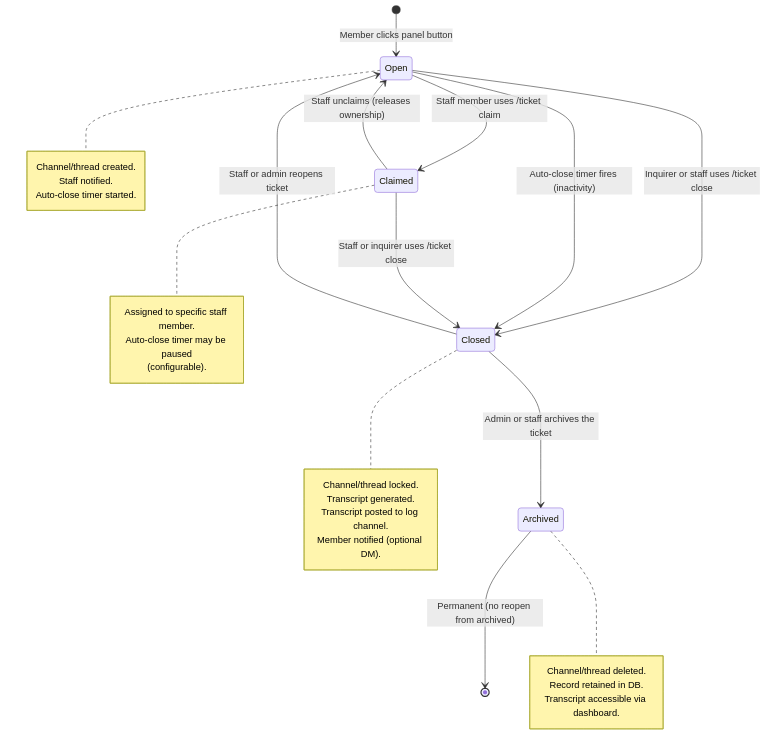
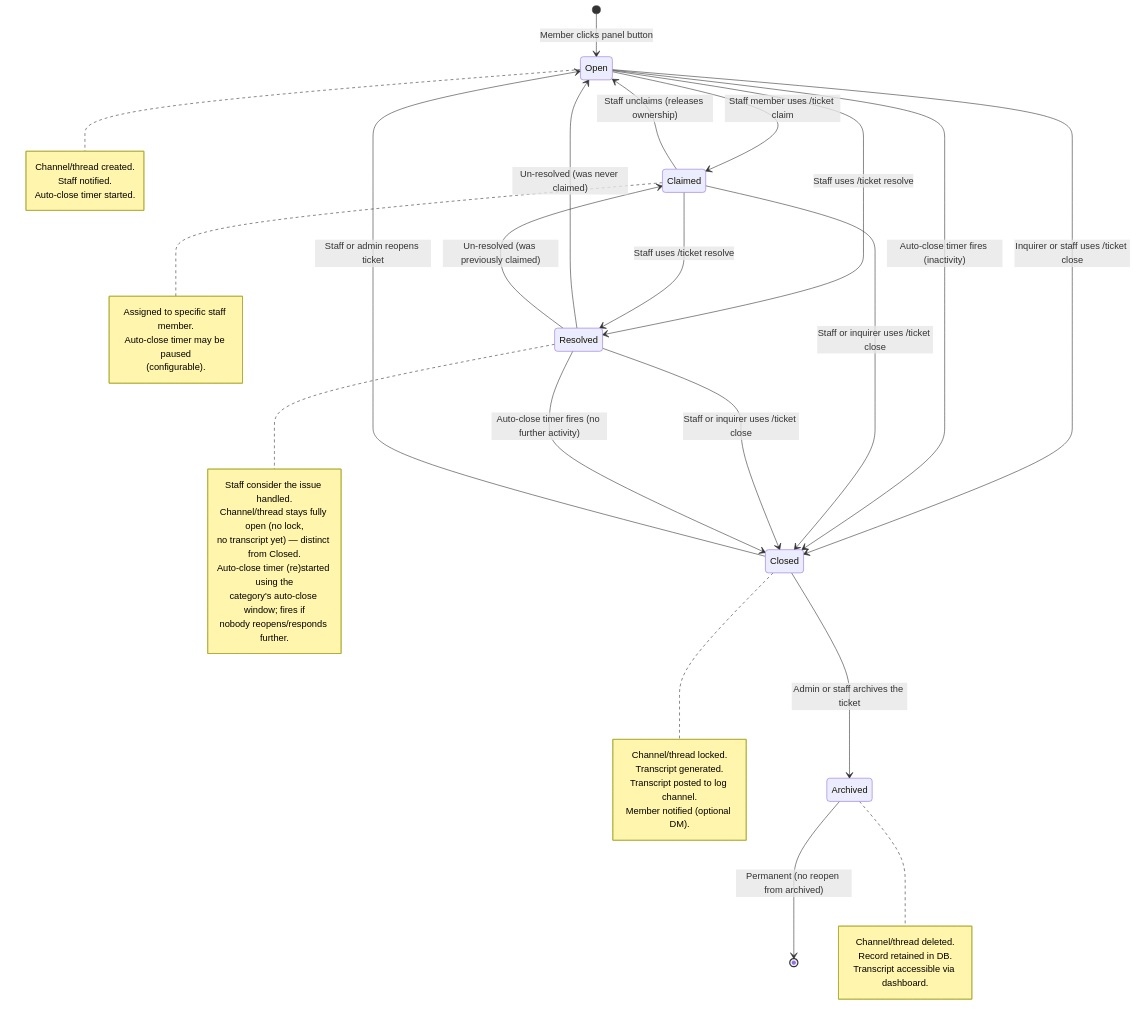
The third of 4 diagrams in docs/v1/TECHNICAL_SPEC.md (Udang-Keju/shrimpy-discord-bot), drawn with Mermaid before and after one commit. The commit also changed other lines of this file and 16 other files, not shown here.

First line of the commit message:
Add a "Resolve" status to the ticket lifecycle

````diff
--- a/docs/v1/TECHNICAL_SPEC.md
+++ b/docs/v1/TECHNICAL_SPEC.md
@@ -855,41 +857,57 @@
 ```mermaid
 stateDiagram-v2
     [*] --> Open : Member clicks panel button
 
     Open --> Claimed : Staff member uses /ticket claim
+    Open --> Resolved : Staff uses /ticket resolve
     Open --> Closed : Inquirer or staff uses /ticket close
     Open --> Closed : Auto-close timer fires (inactivity)
 
     Claimed --> Closed : Staff or inquirer uses /ticket close
     Claimed --> Open : Staff unclaims (releases ownership)
+    Claimed --> Resolved : Staff uses /ticket resolve
+
+    Resolved --> Closed : Staff or inquirer uses /ticket close
+    Resolved --> Closed : Auto-close timer fires (no further activity)
+    Resolved --> Open : Un-resolved (was never claimed)
+    Resolved --> Claimed : Un-resolved (was previously claimed)
 
     Closed --> Archived : Admin or staff archives the ticket
     Closed --> Open : Staff or admin reopens ticket
 
     Archived --> [*] : Permanent (no reopen from archived)
 
     note right of Open
         Channel/thread created.
         Staff notified.
         Auto-close timer started.
     end note
 
     note right of Claimed
         Assigned to specific staff member.
         Auto-close timer may be paused
         (configurable).
     end note
 
+    note right of Resolved
+        Staff consider the issue handled.
+        Channel/thread stays fully open (no lock,
+        no transcript yet) — distinct from Closed.
+        Auto-close timer (re)started using the
+        category's auto-close window; fires if
+        nobody reopens/responds further.
+    end note
+
     note right of Closed
         Channel/thread locked.
         Transcript generated.
         Transcript posted to log channel.
         Member notified (optional DM).
     end note
 
     note right of Archived
         Channel/thread deleted.
         Record retained in DB.
         Transcript accessible via dashboard.
     end note
 ```
````
